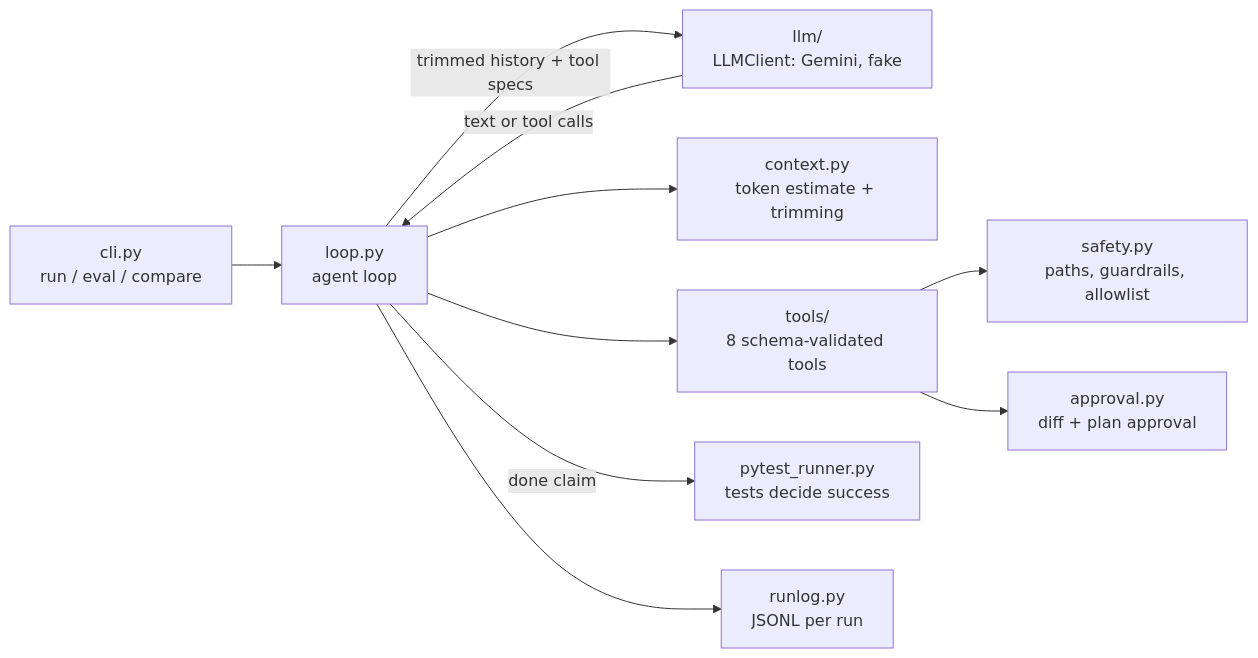
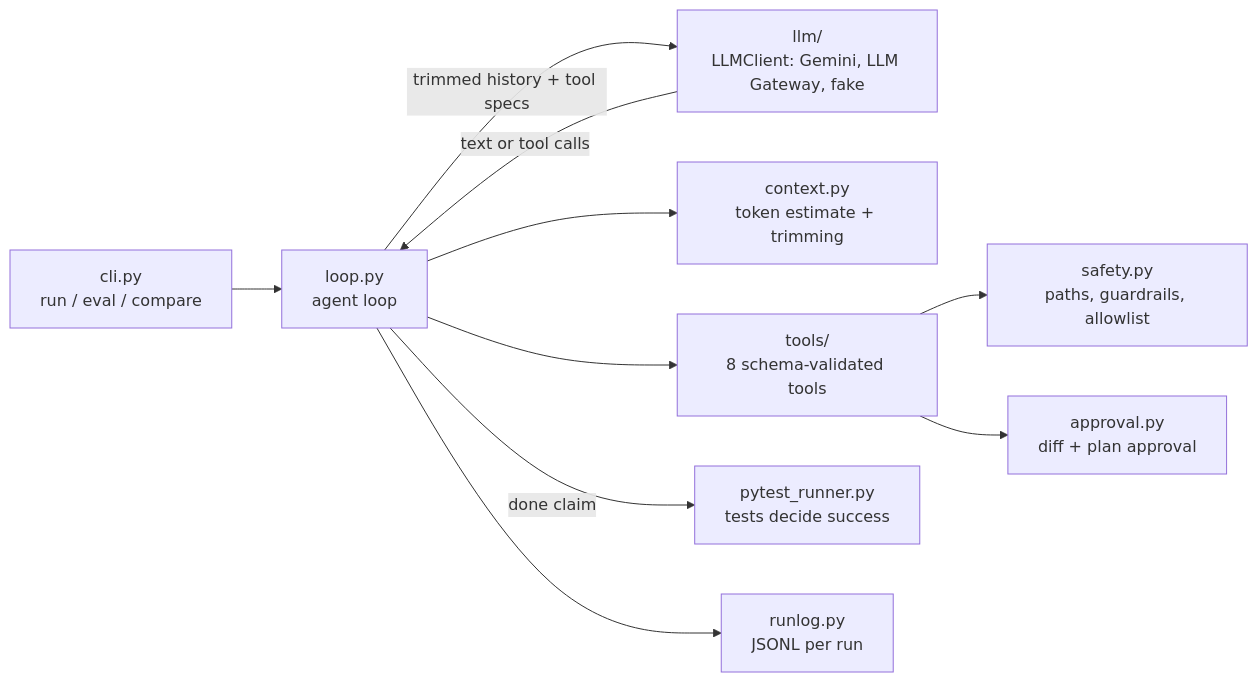
One commit to artharva/agentloop changed the diagram in README.md. Above: the diagram before and after it, drawn with Mermaid. The commit also changed other lines of this file and 3 other files, not shown here.

Commit message:
Add LLM Gateway client (--model gateway:<alias>)

````diff
--- a/README.md
+++ b/README.md
@@ -27,12 +39,12 @@
 ```mermaid
 flowchart LR
     CLI[cli.py<br/>run / eval / compare] --> Loop[loop.py<br/>agent loop]
-    Loop -->|trimmed history + tool specs| LLM[llm/<br/>LLMClient: Gemini, fake]
+    Loop -->|trimmed history + tool specs| LLM[llm/<br/>LLMClient: Gemini, LLM Gateway, fake]
     LLM -->|text or tool calls| Loop
     Loop --> Ctx[context.py<br/>token estimate + trimming]
     Loop --> Tools[tools/<br/>8 schema-validated tools]
     Tools --> Safety[safety.py<br/>paths, guardrails, allowlist]
     Tools --> Approve[approval.py<br/>diff + plan approval]
     Loop -->|done claim| Verify[pytest_runner.py<br/>tests decide success]
     Loop --> Log[runlog.py<br/>JSONL per run]
 ```
````
